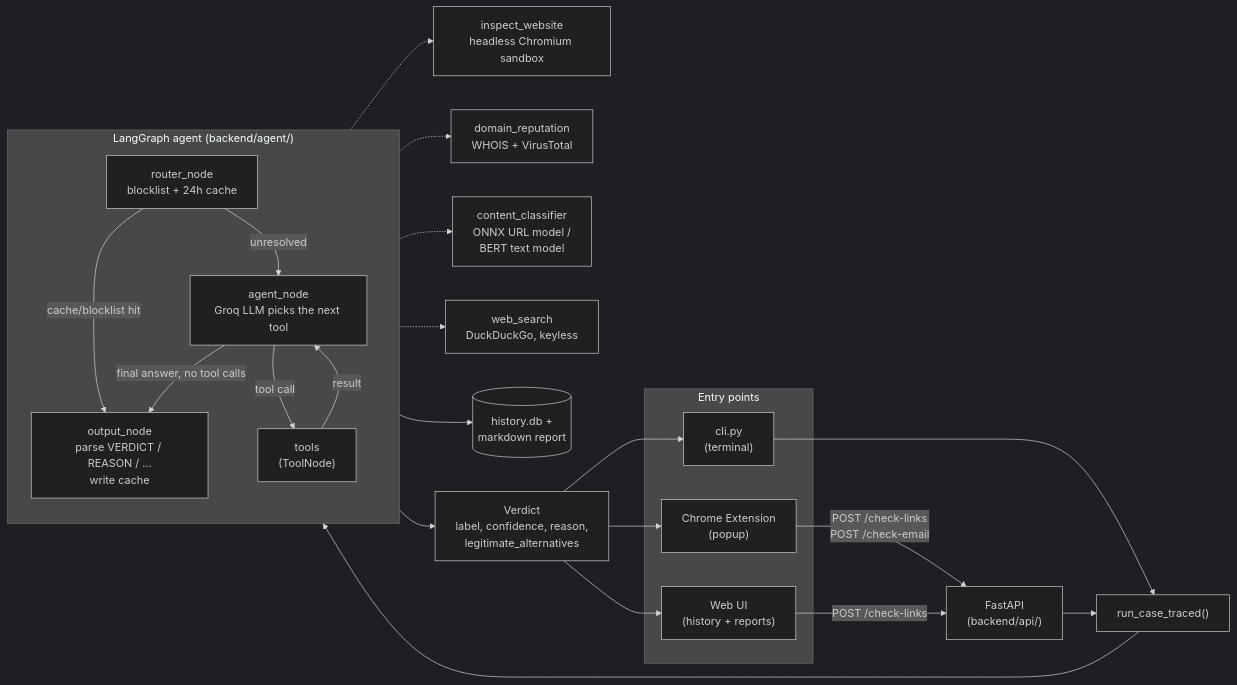
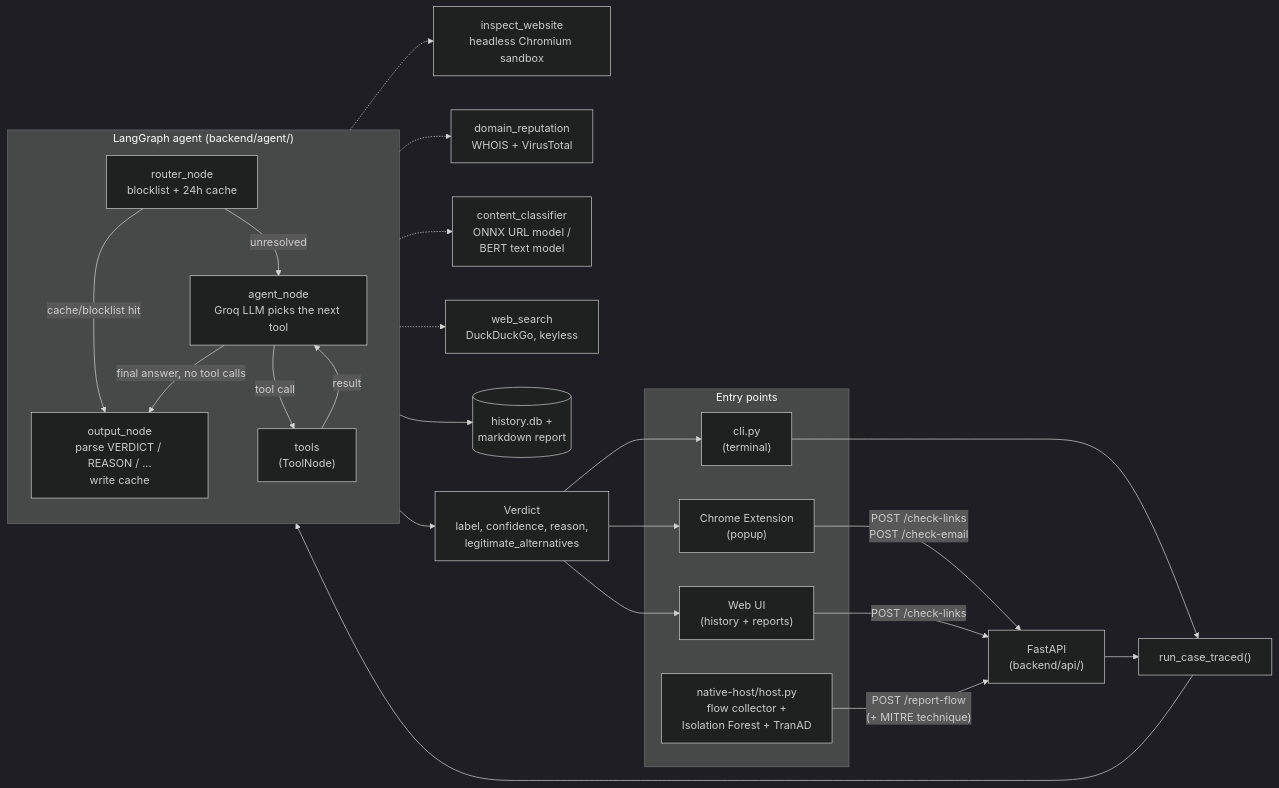
The diagram in README.md (vedant-kalal/Security-Copilot), drawn with Mermaid (dark theme) before and after one commit. The commit also changed other lines of this file and 26 other files, not shown here.

````diff
--- a/README.md
+++ b/README.md
@@ -28,41 +33,43 @@
 ```mermaid
 flowchart LR
     subgraph Entry["Entry points"]
         EXT["Chrome Extension\n(popup)"]
         UI["Web UI\n(history + reports)"]
         CLI["cli.py\n(terminal)"]
+        HOST["native-host/host.py\nflow collector +\nIsolation Forest + TranAD"]
     end
 
     EXT -- "POST /check-links\nPOST /check-email" --> API
     UI -- "POST /check-links" --> API
     CLI --> RUN
+    HOST -- "POST /report-flow\n(+ MITRE technique)" --> API
 
     API["FastAPI\n(backend/api/)"] --> RUN["run_case_traced()"]
 
     subgraph Agent["LangGraph agent (backend/agent/)"]
         direction TB
         ROUTER["router_node\nblocklist + 24h cache"]
         AGENT_N["agent_node\nGroq LLM picks the next tool"]
         TOOLS["tools\n(ToolNode)"]
         OUTPUT["output_node\nparse VERDICT / REASON / ...\nwrite cache"]
 
         ROUTER -- "cache/blocklist hit" --> OUTPUT
         ROUTER -- "unresolved" --> AGENT_N
         AGENT_N -- "tool call" --> TOOLS
         TOOLS -- "result" --> AGENT_N
         AGENT_N -- "final answer, no tool calls" --> OUTPUT
     end
 
     RUN --> ROUTER
 
     TOOLS -.-> T1["inspect_website\nheadless Chromium sandbox"]
     TOOLS -.-> T2["domain_reputation\nWHOIS + VirusTotal"]
     TOOLS -.-> T3["content_classifier\nONNX URL model /\nBERT text model"]
     TOOLS -.-> T4["web_search\nDuckDuckGo, keyless"]
 
     OUTPUT --> HIST[("history.db +\nmarkdown report")]
     OUTPUT --> VERDICT["Verdict\nlabel, confidence, reason,\nlegitimate_alternatives"]
     VERDICT --> EXT
     VERDICT --> UI
     VERDICT --> CLI
 ```
````
